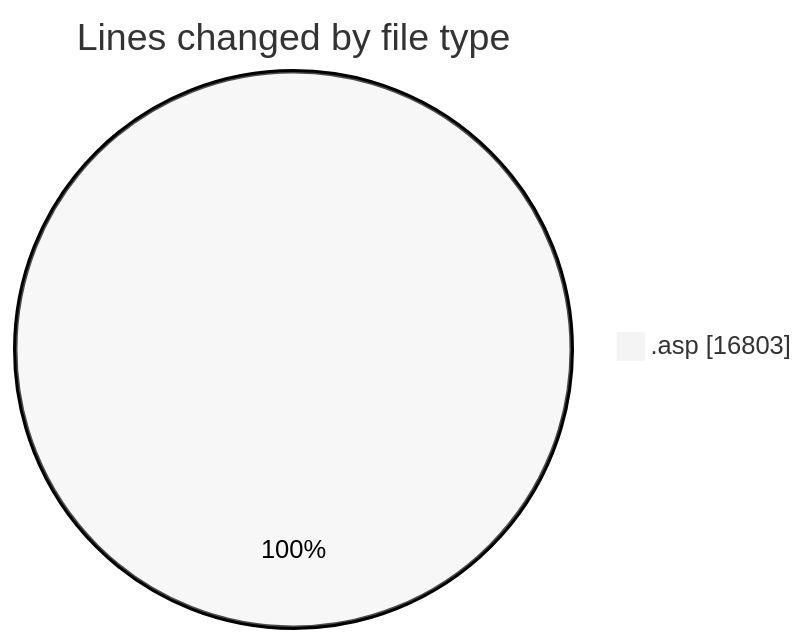
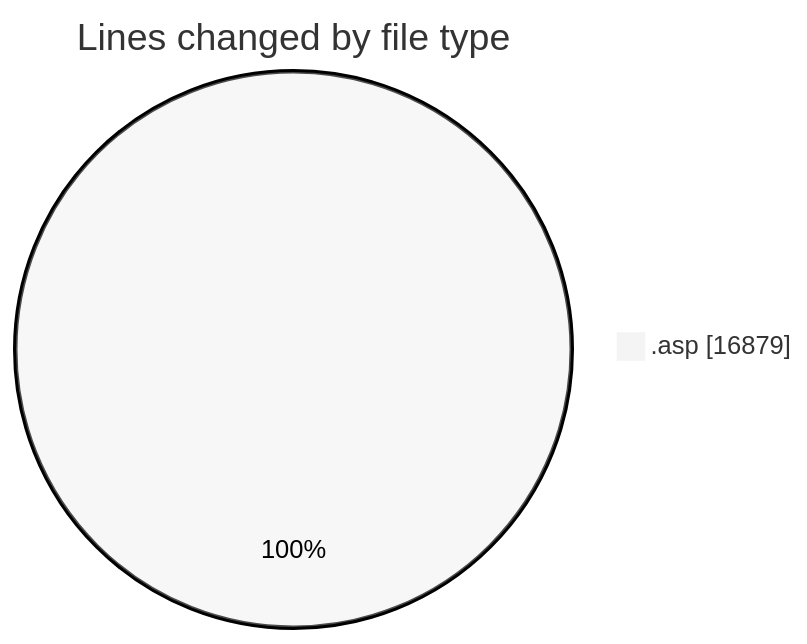
The first of 2 diagrams in 2025-11-14/cdp_aleoudev_fr__workspace_/README.md (julien-gomy/code-tracking), drawn with Mermaid (neutral theme) before and after one commit. The commit also changed other lines of this file and 1 other file, not shown here.

````diff
--- a/2025-11-14/cdp_aleoudev_fr__workspace_/README.md
+++ b/2025-11-14/cdp_aleoudev_fr__workspace_/README.md
@@ -34,5 +36,5 @@
 ```mermaid
 pie showData
 title Lines changed by file type
-".asp" : 16803
+".asp" : 16879
 ```
````
